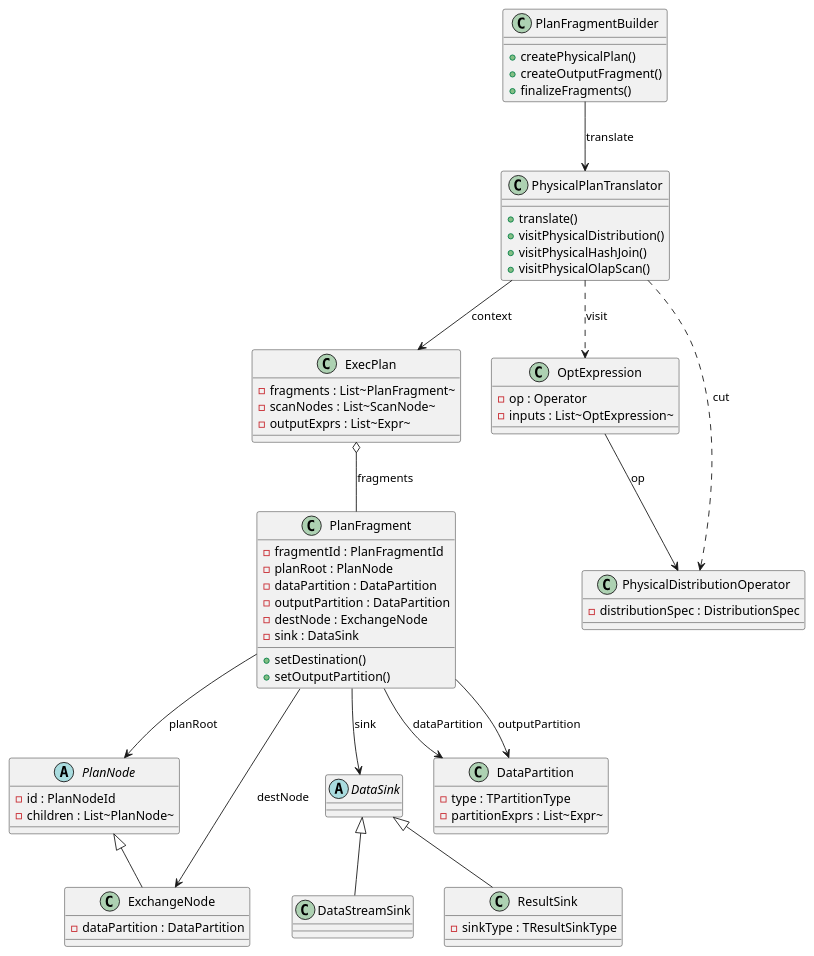
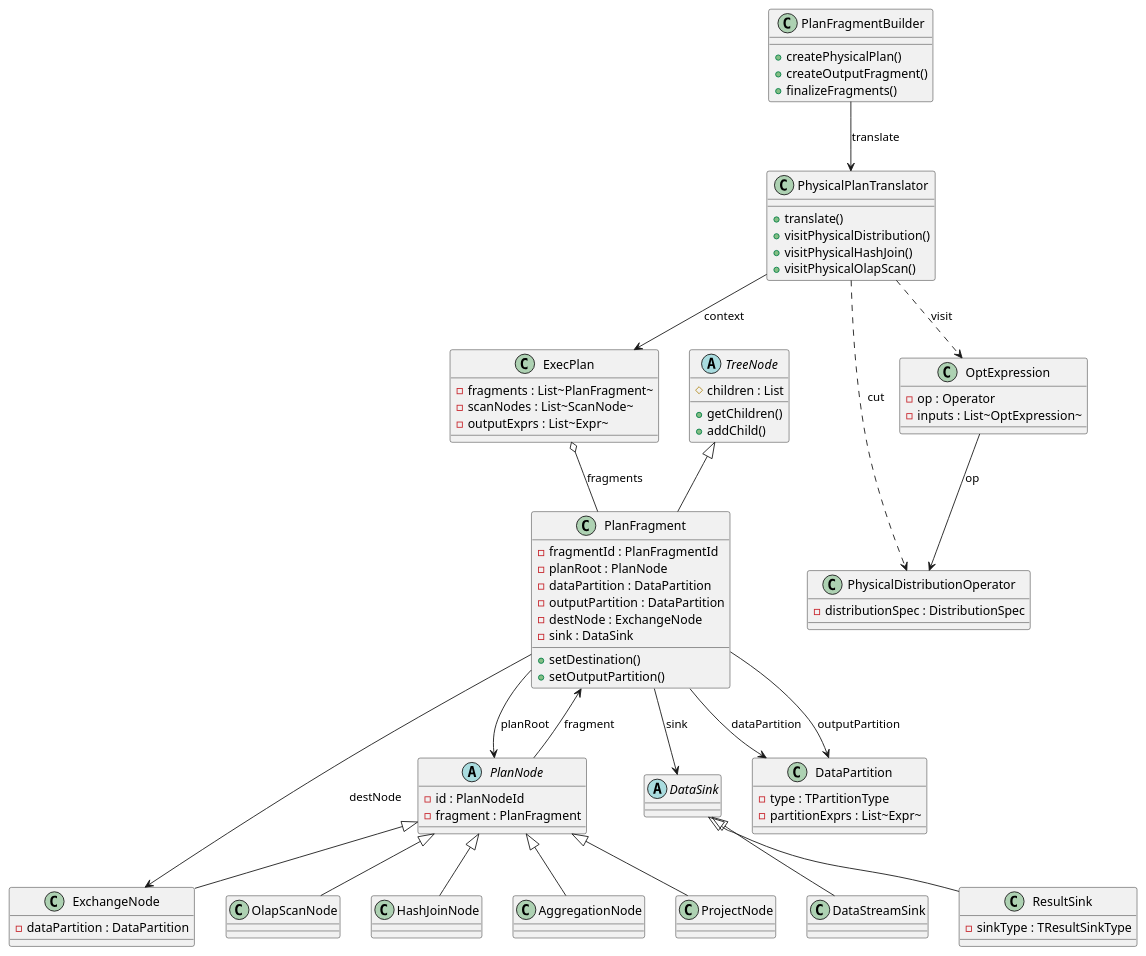
Diagram 13 of 15 in content/post/data/db/starrocks/architecture/index.md (kevinwang930/kevinwang930.github.io), drawn with PlantUML before and after one commit. The commit also changed other lines of this file and 2 other files, not shown here.

```diff
--- a/content/post/data/db/starrocks/architecture/index.md
+++ b/content/post/data/db/starrocks/architecture/index.md
@@ -1806,6 +1806,12 @@
   - outputExprs : List~Expr~
 }
 
+abstract class TreeNode {
+  # children : List
+  + getChildren()
+  + addChild()
+}
+
 class PlanFragment {
   - fragmentId : PlanFragmentId
   - planRoot : PlanNode
@@ -1819,12 +1825,17 @@
 
 abstract class PlanNode {
   - id : PlanNodeId
-  - children : List~PlanNode~
+  - fragment : PlanFragment
 }
 
 class ExchangeNode {
   - dataPartition : DataPartition
 }
+
+class OlapScanNode
+class HashJoinNode
+class AggregationNode
+class ProjectNode
 
 abstract class DataSink
 class DataStreamSink
@@ -1851,12 +1862,19 @@
 PhysicalPlanTranslator ..> PhysicalDistributionOperator : cut
 PhysicalPlanTranslator --> ExecPlan : context
 ExecPlan o-- PlanFragment : fragments
+
+TreeNode <|-- PlanFragment
 PlanFragment --> PlanNode : planRoot
 PlanFragment --> DataPartition : dataPartition
 PlanFragment --> DataPartition : outputPartition
 PlanFragment --> ExchangeNode : destNode
 PlanFragment --> DataSink : sink
+PlanNode --> PlanFragment : fragment
 PlanNode <|-- ExchangeNode
+PlanNode <|-- OlapScanNode
+PlanNode <|-- HashJoinNode
+PlanNode <|-- AggregationNode
+PlanNode <|-- ProjectNode
 DataSink <|-- DataStreamSink
 DataSink <|-- ResultSink
 OptExpression --> PhysicalDistributionOperator : op
```
